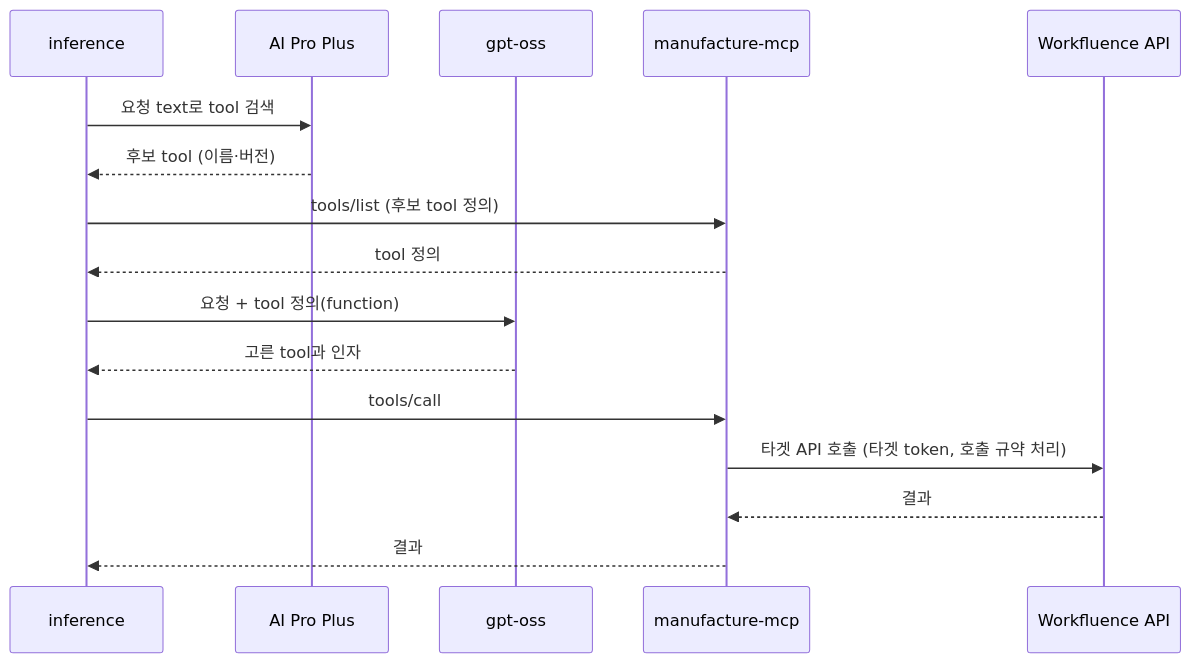
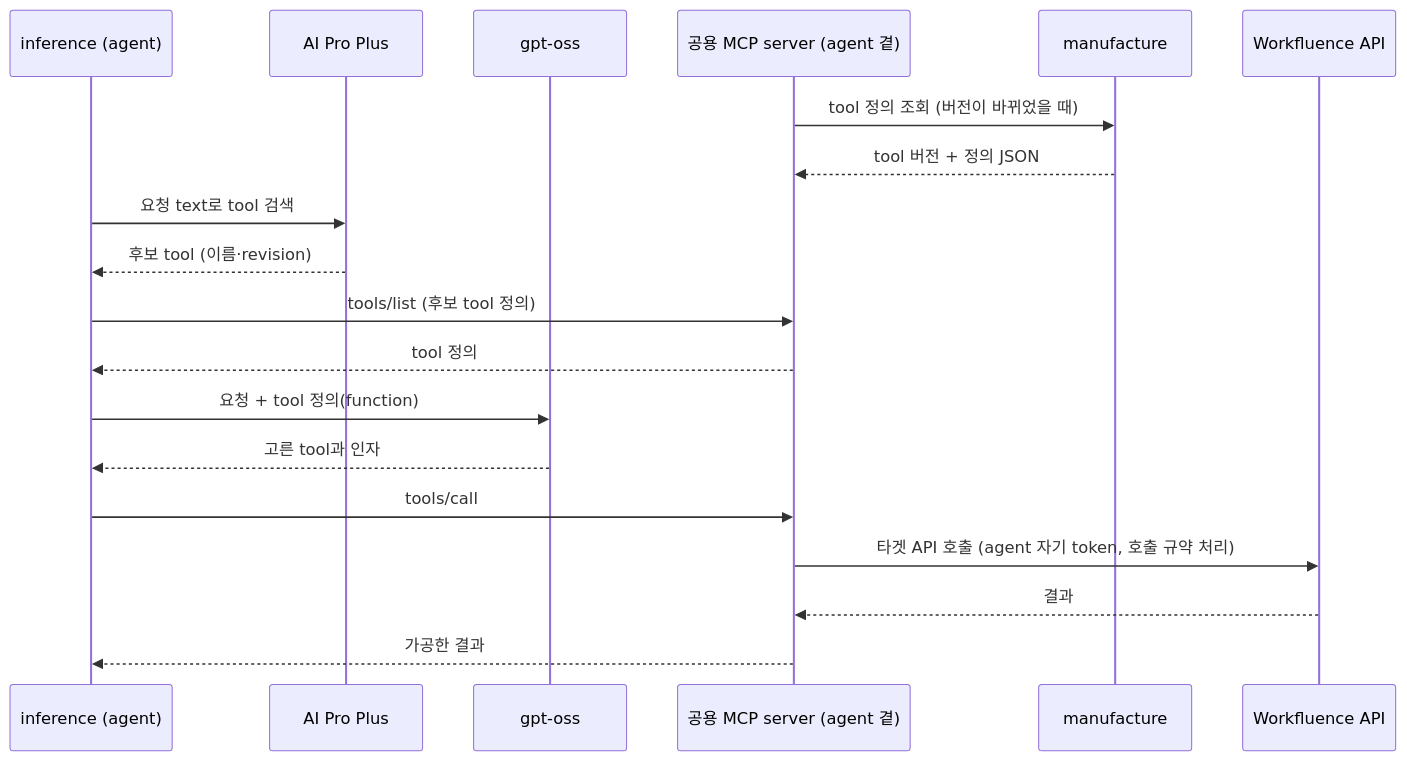
Before and after one commit to tanminkwan/agent4workfluence: the second of 4 diagrams in docs/시스템아키텍처.md, drawn with Mermaid. The commit also changed other lines of this file and 3 other files, not shown here.

First line of the commit message:
docs: tool 서빙 구조 변경 — manufacture-mcp 없앰, agent 곁 공용 MCP server가 자기 token으로 실행

````diff
--- a/docs/시스템아키텍처.md
+++ b/docs/시스템아키텍처.md
@@ -197,18 +213,21 @@
 ```mermaid
 sequenceDiagram
-    participant I as inference
+    participant I as inference (agent)
     participant R as AI Pro Plus
     participant L as gpt-oss
-    participant P as manufacture-mcp
+    participant P as 공용 MCP server (agent 곁)
+    participant M as manufacture
     participant W as Workfluence API
+    P->>M: tool 정의 조회 (버전이 바뀌었을 때)
+    M-->>P: tool 버전 + 정의 JSON
     I->>R: 요청 text로 tool 검색
-    R-->>I: 후보 tool (이름·버전)
+    R-->>I: 후보 tool (이름·revision)
     I->>P: tools/list (후보 tool 정의)
     P-->>I: tool 정의
     I->>L: 요청 + tool 정의(function)
     L-->>I: 고른 tool과 인자
     I->>P: tools/call
-    P->>W: 타겟 API 호출 (타겟 token, 호출 규약 처리)
+    P->>W: 타겟 API 호출 (agent 자기 token, 호출 규약 처리)
     W-->>P: 결과
-    P-->>I: 결과
+    P-->>I: 가공한 결과
 ```
````
